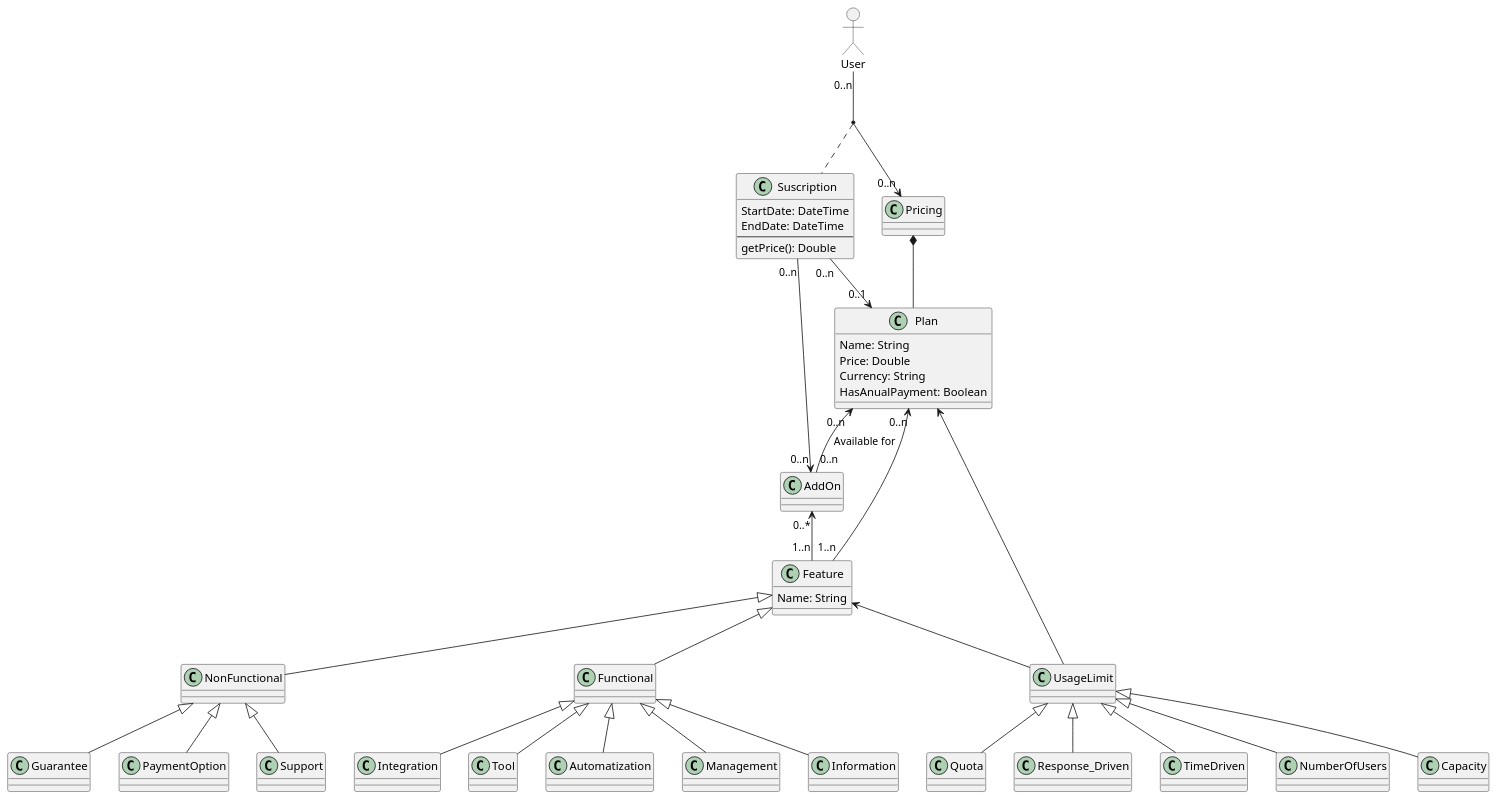
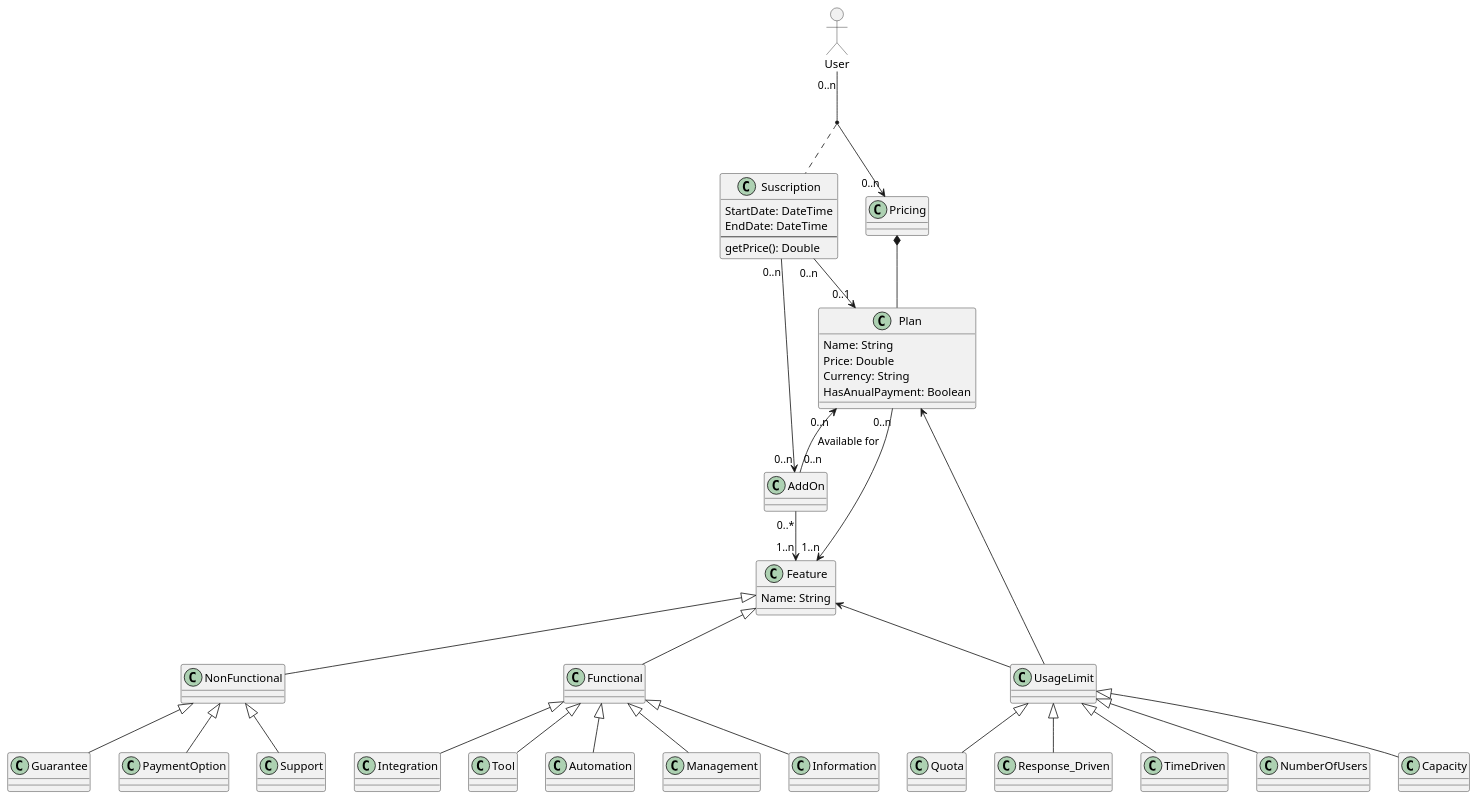
The diagram in model/diagrams/7-25_10_2023.puml (isa-group/Pricing4SaaS), drawn with PlantUML before and after one commit. The commit also changed 3 other files, not shown here.

First line of the commit message:
FEAT: UML MODEL WITH UMLET DESIGN

```diff
--- a/model/diagrams/7-25_10_2023.puml
+++ b/model/diagrams/7-25_10_2023.puml
@@ -1,58 +1,58 @@
 @startuml 7-25_10_2023
 
 mix_actor User
 
 User "0..n"-->"0..n"Pricing
 (User, Pricing) .. Suscription
 
 Pricing *-- Plan 
 
 Suscription "0..n"-->"0..1"Plan
 Suscription "0..n"-->"0..n"AddOn
 
-Plan "0..n"<--"1..n" Feature 
-AddOn "0..*"<--"1..n" Feature
+Plan "0..n"-->"1..n" Feature 
+AddOn "0..*"-->"1..n" Feature
 
 Plan "0..n"<--"0..n" AddOn : Available for
 
 Feature <|-- Functional
 Feature <|-- NonFunctional
 
 Functional <|-- Information
 Functional <|-- Integration
 Functional <|-- Tool
-Functional <|-- Automatization
+Functional <|-- Automation
 Functional <|-- Management
 
 NonFunctional <|-- Guarantee
 NonFunctional <|-- PaymentOption
 NonFunctional <|-- Support
 
 Feature <-- UsageLimit
 Plan <-- UsageLimit
 
 UsageLimit <|-- Capacity
 UsageLimit <|-- Quota
 UsageLimit <|-- Response_Driven
 UsageLimit <|-- TimeDriven
 UsageLimit <|-- NumberOfUsers
 
 class Plan{
 Name: String
 Price: Double
 Currency: String
 HasAnualPayment: Boolean
 }
 
 class Feature{
 Name: String
 }
 
 class Suscription{
 StartDate: DateTime
 EndDate: DateTime
 --
 getPrice(): Double
 }
 
 @enduml
```
